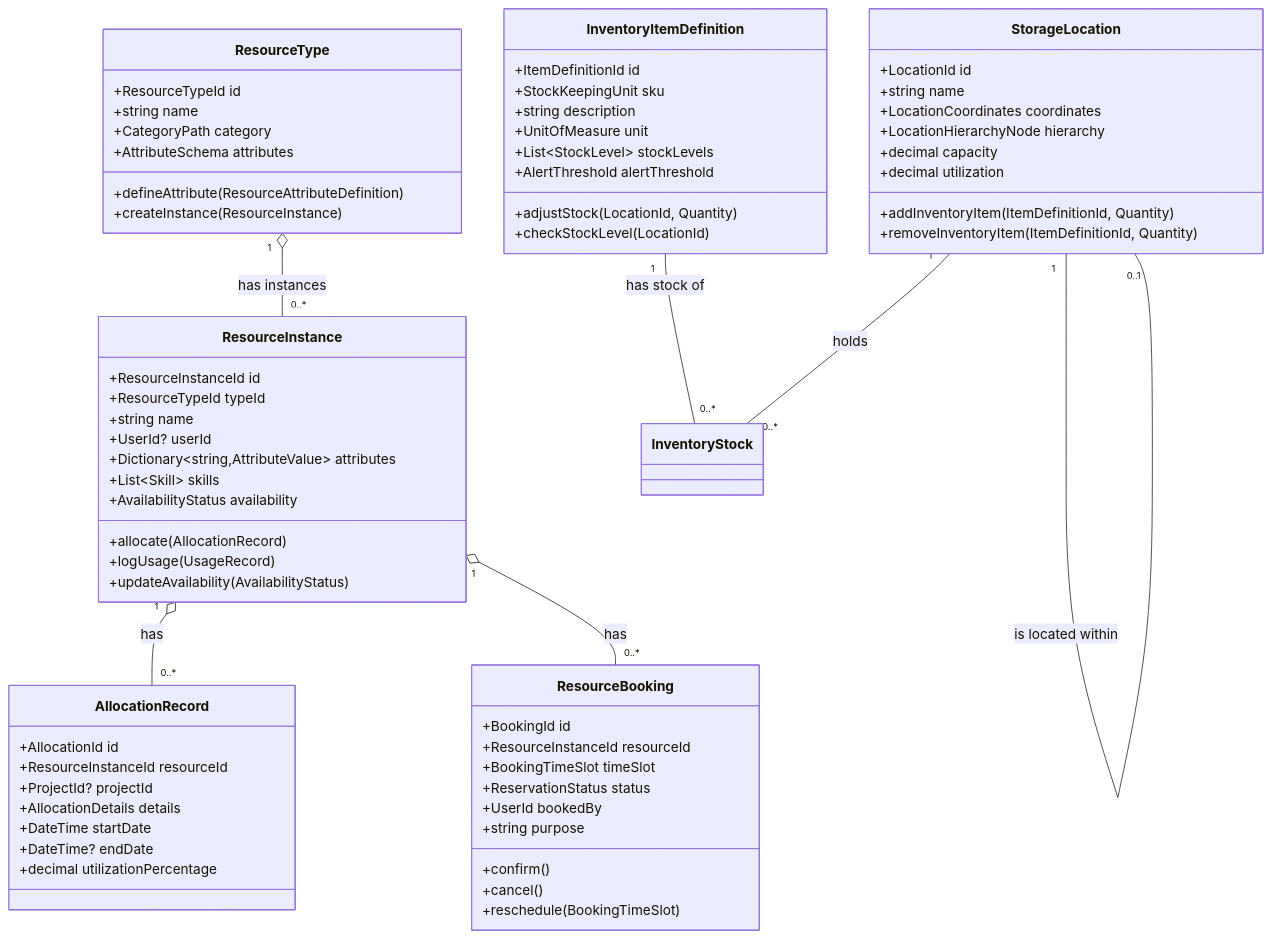
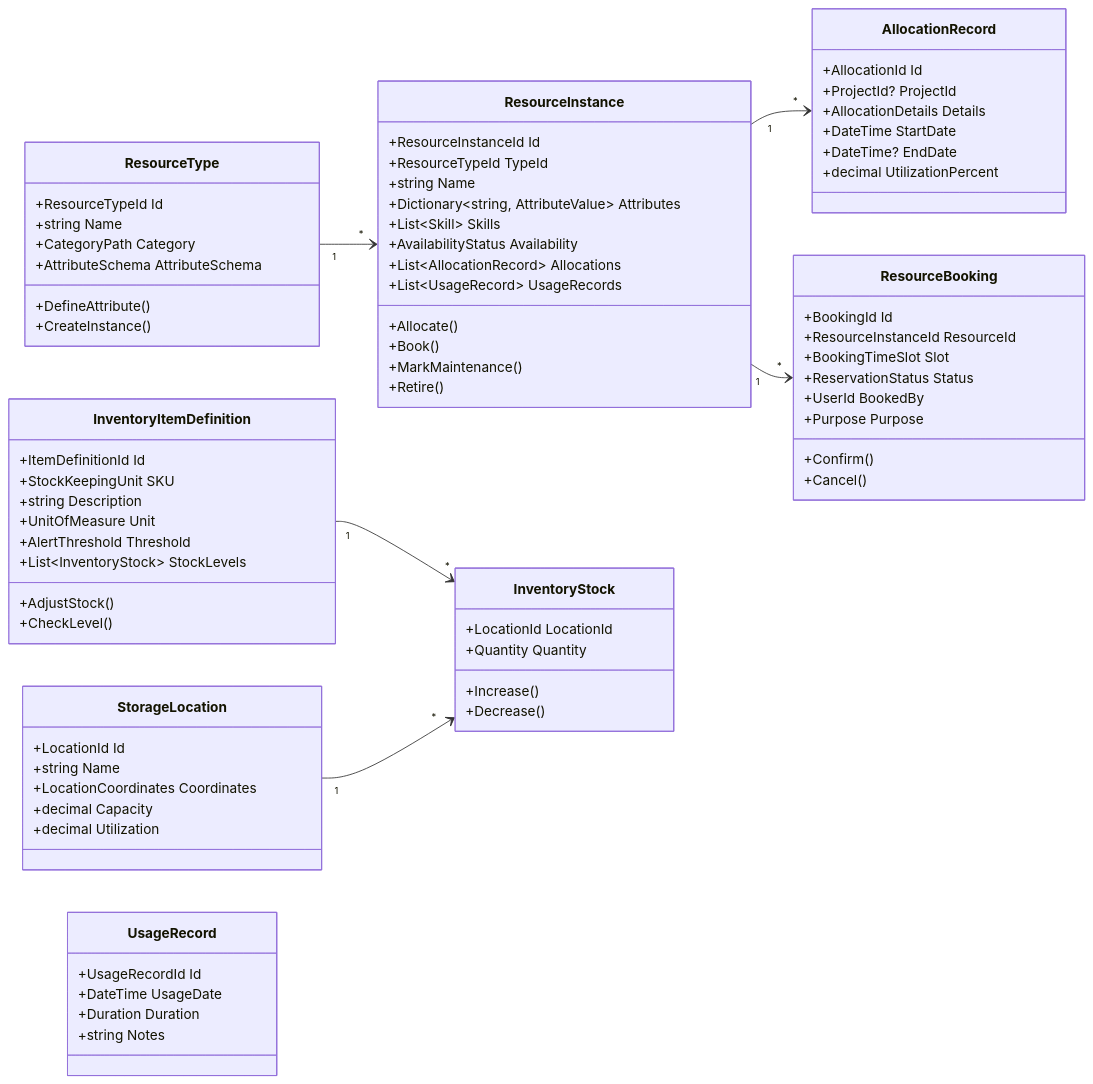
One commit to anuj-noumena/nouassist changed the ninth of 10 diagrams in Docs/Requirement/DomainSpecification/BusinessOperations.md. Above: the diagram before and after it, drawn with Mermaid. The commit also changed other lines of this file and 134 other files, not shown here.

````diff
--- a/Docs/Requirement/DomainSpecification/BusinessOperations.md
+++ b/Docs/Requirement/DomainSpecification/BusinessOperations.md
@@ -1710,82 +2509,94 @@
 ```mermaid
 classDiagram
+    direction LR
+
+    %% Resource Type
     class ResourceType {
-        +ResourceTypeId id
-        +string name
-        +CategoryPath category
-        +AttributeSchema attributes
-        +defineAttribute(ResourceAttributeDefinition)
-        +createInstance(ResourceInstance)
-    }
-    
-    class ResourceInstance {
-        +ResourceInstanceId id
-        +ResourceTypeId typeId
-        +string name
-        +UserId? userId
-        +Dictionary~string,AttributeValue~ attributes
-        +List~Skill~ skills
-        +AvailabilityStatus availability
-        +allocate(AllocationRecord)
-        +logUsage(UsageRecord)
-        +updateAvailability(AvailabilityStatus)
-    }
-    
-    class InventoryItemDefinition {
-        +ItemDefinitionId id
-        +StockKeepingUnit sku
-        +string description
-        +UnitOfMeasure unit
-        +List~StockLevel~ stockLevels
-        +AlertThreshold alertThreshold
-        +adjustStock(LocationId, Quantity)
-        +checkStockLevel(LocationId)
-    }
-    
-    class ResourceBooking {
-        +BookingId id
-        +ResourceInstanceId resourceId
-        +BookingTimeSlot timeSlot
-        +ReservationStatus status
-        +UserId bookedBy
-        +string purpose
-        +confirm()
-        +cancel()
-        +reschedule(BookingTimeSlot)
-    }
-    
-    class StorageLocation {
-        +LocationId id
-        +string name
-        +LocationCoordinates coordinates
-        +LocationHierarchyNode hierarchy
-        +decimal capacity
-        +decimal utilization
-        +addInventoryItem(ItemDefinitionId, Quantity)
-        +removeInventoryItem(ItemDefinitionId, Quantity)
-    }
-    
-    class AllocationRecord {
-        +AllocationId id
-        +ResourceInstanceId resourceId
-        +ProjectId? projectId
-        +AllocationDetails details
-        +DateTime startDate
-        +DateTime? endDate
-        +decimal utilizationPercentage
+        +ResourceTypeId Id
+        +string Name
+        +CategoryPath Category
+        +AttributeSchema AttributeSchema
+        +DefineAttribute()
+        +CreateInstance()
     }
 
-    %% A Resource Type (e.g., "Server") has many specific Resource Instances (e.g., "PROD-DB-01").
-    ResourceType "1" o-- "0..*" ResourceInstance : has instances
+    %% Resource Instance
+    class ResourceInstance {
+        +ResourceInstanceId Id
+        +ResourceTypeId TypeId
+        +string Name
+        +Dictionary~string, AttributeValue~ Attributes
+        +List~Skill~ Skills
+        +AvailabilityStatus Availability
+        +List~AllocationRecord~ Allocations
+        +List~UsageRecord~ UsageRecords
+        +Allocate()
+        +Book()
+        +MarkMaintenance()
+        +Retire()
+    }
 
-    %% A specific Resource Instance can have a history of allocations and bookings.
-    ResourceInstance "1" o-- "0..*" AllocationRecord : has
-    ResourceInstance "1" o-- "0..*" ResourceBooking : has
-    
-    %% A Storage Location can be part of a larger location (e.g., Bin -> Rack -> Aisle).
-    StorageLocation "1" -- "0..1" StorageLocation : is located within
-    
-    %% The link between an item and where it's stored is managed by an InventoryStock record.
-    InventoryItemDefinition "1" -- "0..*" InventoryStock : has stock of
-    StorageLocation "1" -- "0..*" InventoryStock : holds
+    %% Booking /
+    class ResourceBooking {
+        +BookingId Id
+        +ResourceInstanceId ResourceId
+        +BookingTimeSlot Slot
+        +ReservationStatus Status
+        +UserId BookedBy
+        +Purpose Purpose
+        +Confirm()
+        +Cancel()
+    }
+
+    %% Inventory Items
+    class InventoryItemDefinition {
+        +ItemDefinitionId Id
+        +StockKeepingUnit SKU
+        +string Description
+        +UnitOfMeasure Unit
+        +AlertThreshold Threshold
+        +List~InventoryStock~ StockLevels
+        +AdjustStock()
+        +CheckLevel()
+    }
+
+    class InventoryStock {
+        +LocationId LocationId
+        +Quantity Quantity
+        +Increase()
+        +Decrease()
+    }
+
+    class StorageLocation {
+        +LocationId Id
+        +string Name
+        +LocationCoordinates Coordinates
+        +decimal Capacity
+        +decimal Utilization
+    }
+
+    %% Allocation
+    class AllocationRecord {
+        +AllocationId Id
+        +ProjectId? ProjectId
+        +AllocationDetails Details
+        +DateTime StartDate
+        +DateTime? EndDate
+        +decimal UtilizationPercent
+    }
+
+    %% Usage
+    class UsageRecord {
+        +UsageRecordId Id
+        +DateTime UsageDate
+        +Duration Duration
+        +string Notes
+    }
+
+    %% Relationships
+    ResourceType "1" --> "*" ResourceInstance
+    ResourceInstance "1" --> "*" AllocationRecord
+    ResourceInstance "1" --> "*" ResourceBooking
+    InventoryItemDefinition "1" --> "*" InventoryStock
+    StorageLocation "1" --> "*" InventoryStock
 ```
````
